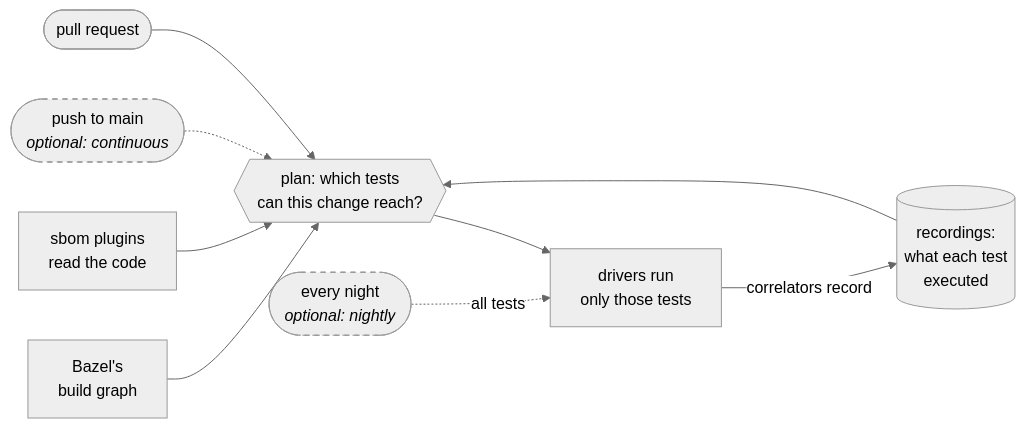
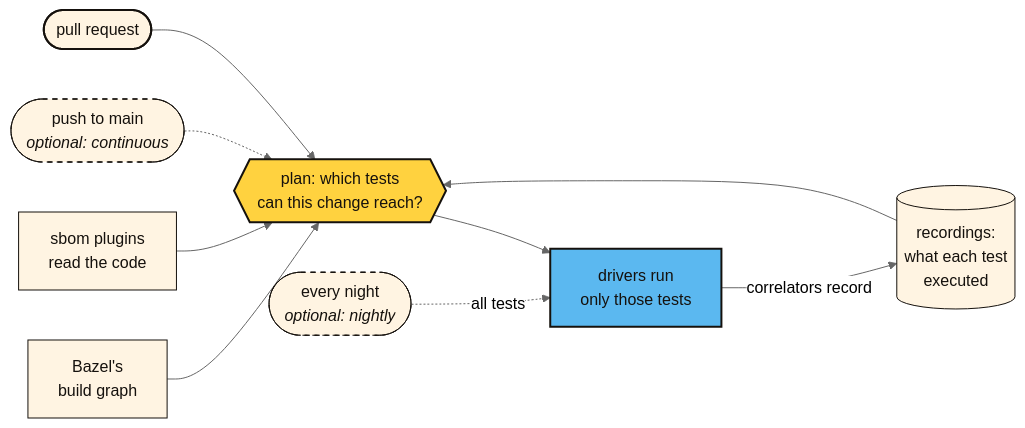
The diagram in README.md (sideways-works/pipelinegen), drawn with Mermaid (neutral theme) before and after one commit.

Commit message:
docs(readme): the diagram in the brand colours

````diff
--- a/README.md
+++ b/README.md
@@ -66,13 +66,21 @@
 ```mermaid
 flowchart LR
     bazel[Bazel's<br/>build graph] --> plan
     code[sbom plugins<br/>read the code] --> plan
     continuous([push to main<br/><i>optional: continuous</i>]) -.-> plan
     pr([pull request]) --> plan
     recordings[(recordings:<br/>what each test<br/>executed)] --> plan
     plan{{plan: which tests<br/>can this change reach?}} --> run[drivers run<br/>only those tests]
     nightly([every night<br/><i>optional: nightly</i>]) -.->|all tests| run
     run -->|correlators record| recordings
-    classDef optional stroke-dasharray: 5 5
+    classDef source fill:#FFF4E2,stroke:#15110D,color:#15110D
+    classDef trigger fill:#FFF4E2,stroke:#15110D,color:#15110D,stroke-width:2px
+    classDef optional fill:#FFF4E2,stroke:#15110D,color:#15110D,stroke-dasharray: 5 5
+    classDef plan fill:#FFD23F,stroke:#15110D,color:#15110D,stroke-width:2px
+    classDef run fill:#5BB8F0,stroke:#15110D,color:#15110D,stroke-width:2px
+    class bazel,code,recordings source
+    class pr trigger
     class continuous,nightly optional
+    class plan plan
+    class run run
 ```
````
